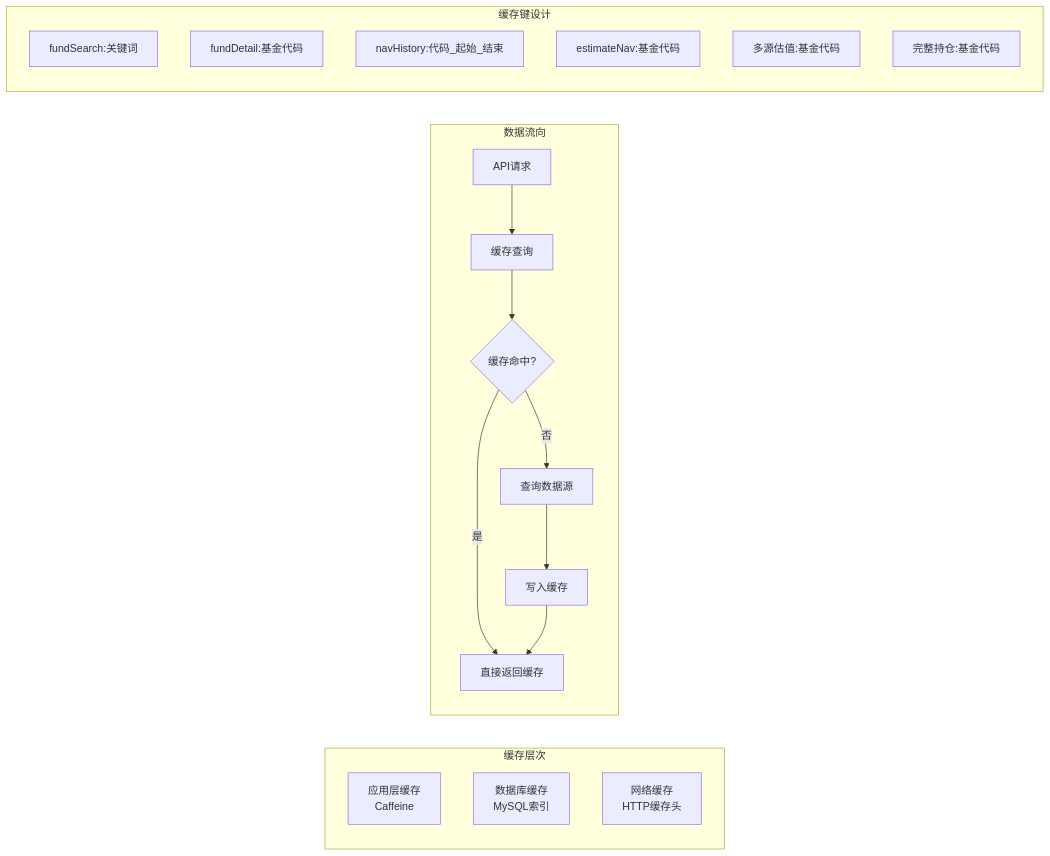
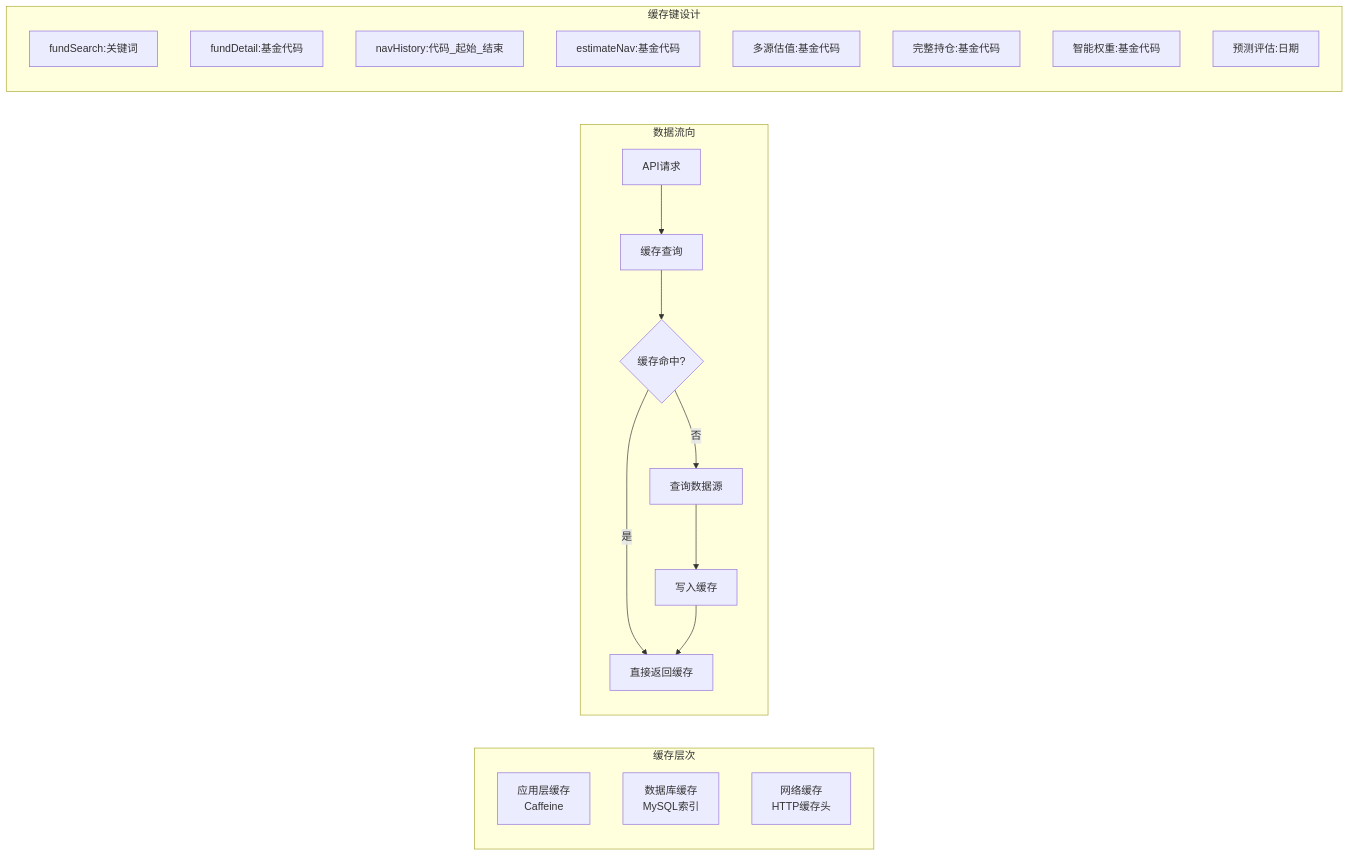
One commit to gree-coder/fund-butler changed diagram 11 of 21 in .qoder/repowiki/zh/content/核心功能开发/多源基金估值系统.md. Above: the diagram before and after it, drawn with Mermaid. The commit also changed other lines of this file and 23 other files, not shown here.

````diff
--- a/.qoder/repowiki/zh/content/核心功能开发/多源基金估值系统.md
+++ b/.qoder/repowiki/zh/content/核心功能开发/多源基金估值系统.md
@@ -412,24 +541,26 @@
 ```mermaid
 graph LR
 subgraph "缓存层次"
 A[应用层缓存<br/>Caffeine]
 B[数据库缓存<br/>MySQL索引]
 C[网络缓存<br/>HTTP缓存头]
 end
 subgraph "数据流向"
 D[API请求] --> E[缓存查询]
 E --> F{缓存命中?}
 F --> |是| G[直接返回缓存]
 F --> |否| H[查询数据源]
 H --> I[写入缓存]
 I --> G
 end
 subgraph "缓存键设计"
 J[fundSearch:关键词]
 K[fundDetail:基金代码]
 L[navHistory:代码_起始_结束]
 M[estimateNav:基金代码]
 N[多源估值:基金代码]
 O[完整持仓:基金代码]
+P[智能权重:基金代码]
+Q[预测评估:日期]
 end
 ```
````
